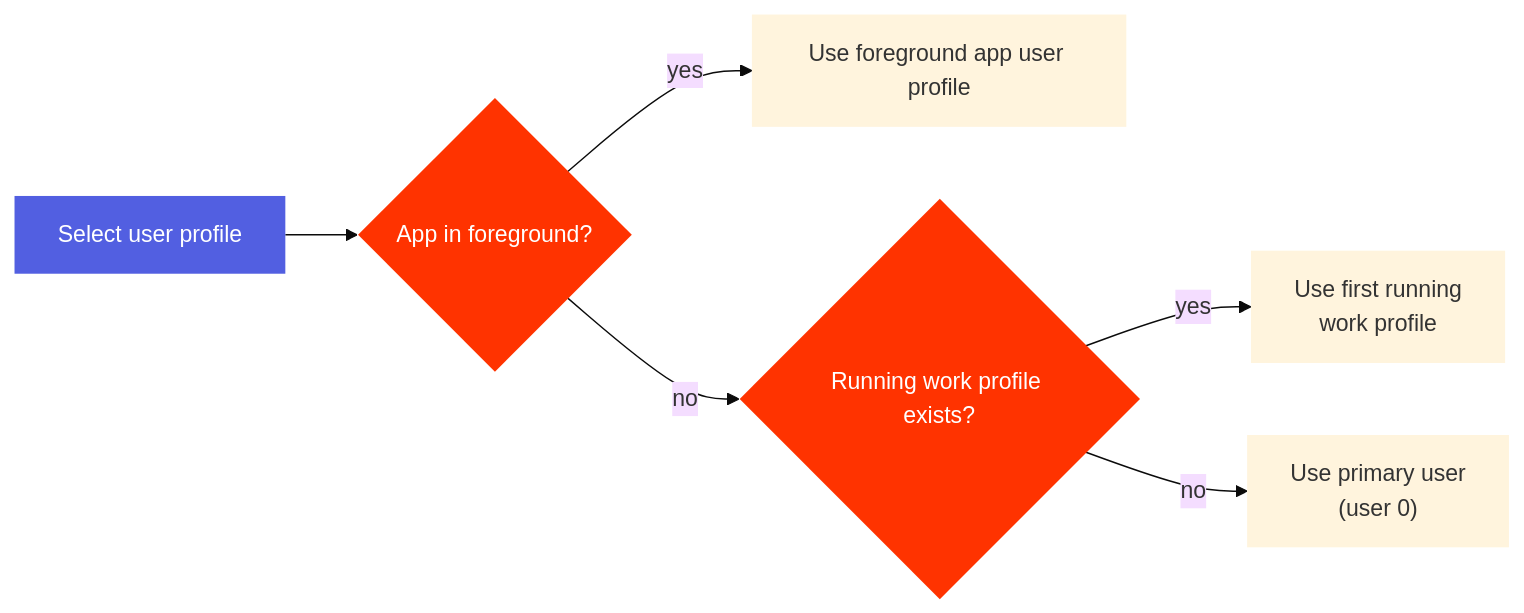
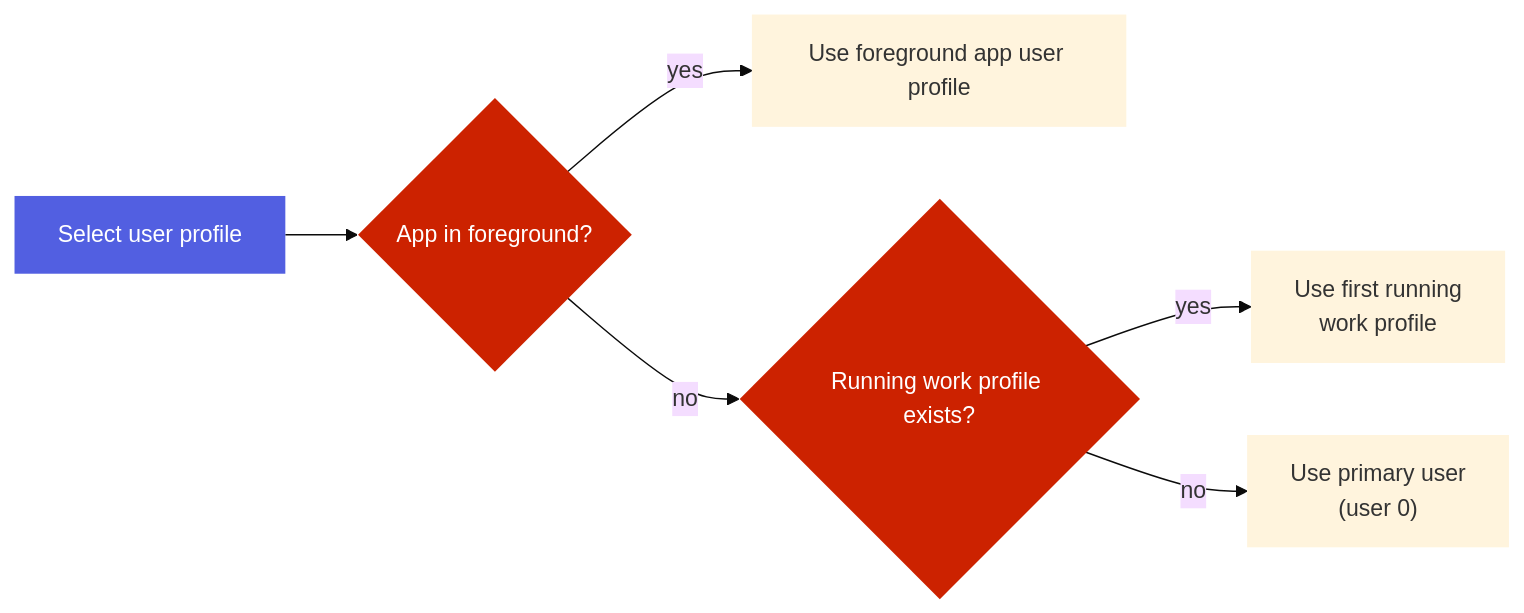
The diagram in docs/design-docs/plat/android/work-profiles.md (zillow/auto-mobile), drawn with Mermaid (base theme) before and after one commit. The commit also changed 9 other files, not shown here.

First line of the commit message:
fix(docs): improve mermaid chart contrast for day theme WCAG AA compliance (#1325)

````diff
--- a/docs/design-docs/plat/android/work-profiles.md
+++ b/docs/design-docs/plat/android/work-profiles.md
@@ -19,14 +19,14 @@
   ```mermaid
   flowchart LR
       A["Select user profile"] --> B{"App in foreground?"};
       B -->|"yes"| C["Use foreground app user profile"];
       B -->|"no"| D{"Running work profile exists?"};
       D -->|"yes"| E["Use first running<br/>work profile"];
       D -->|"no"| F["Use primary user<br/>(user 0)"];
-      classDef decision fill:#FF3300,stroke-width:0px,color:white;
+      classDef decision fill:#CC2200,stroke-width:0px,color:white;
       classDef logic fill:#525FE1,stroke-width:0px,color:white;
       classDef result stroke-width:0px;
       class A logic;
       class B,D decision;
       class C,E,F result;
   ```
````
